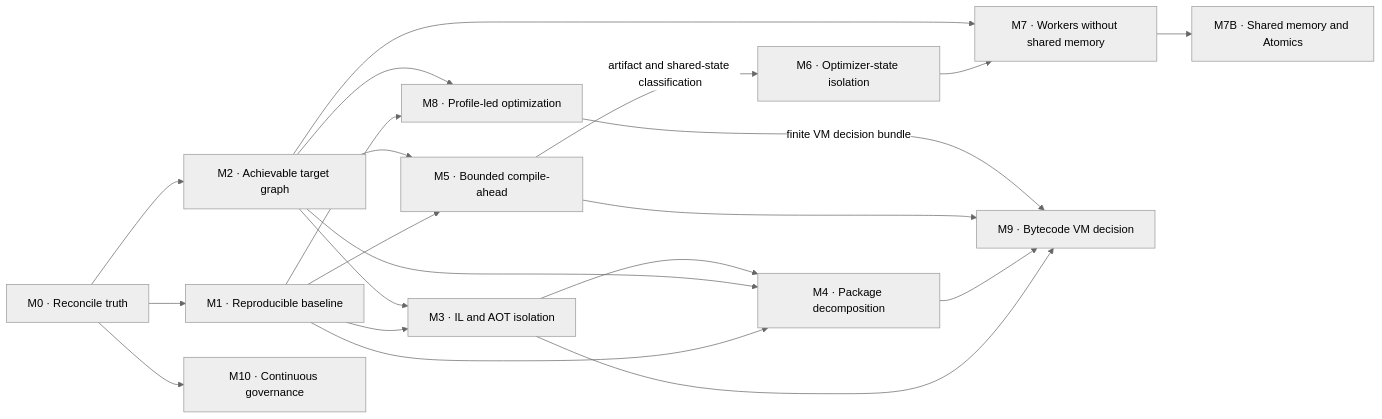
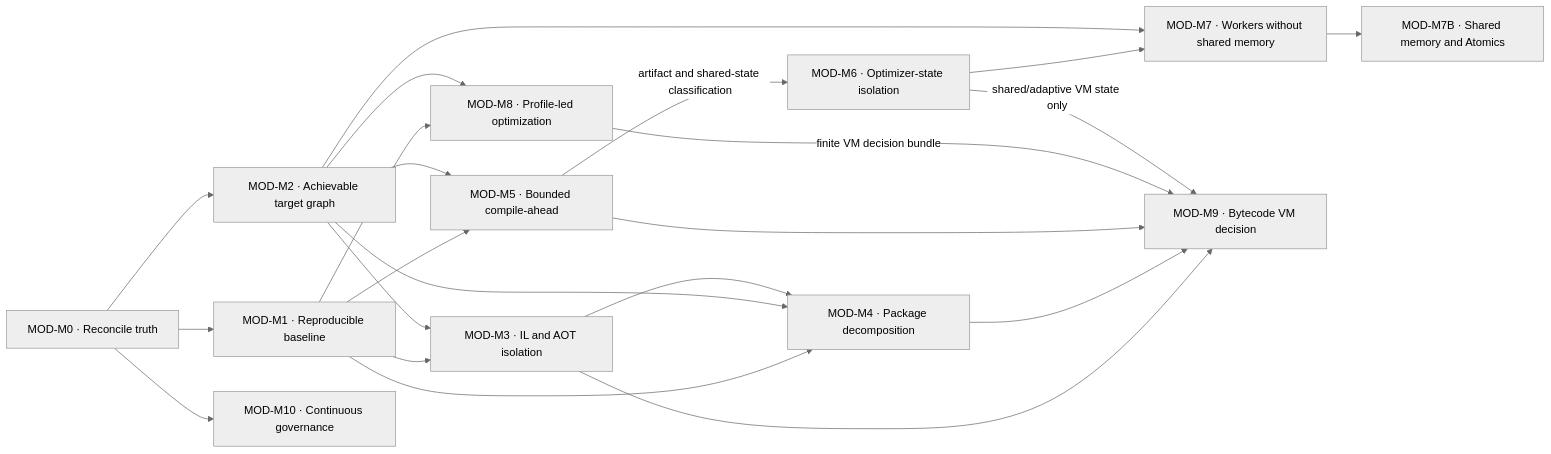
Before and after one commit to Broiler-Platform/Broiler.JS: the diagram in docs/roadmap/Modernization.md, drawn with Mermaid (neutral theme). The commit also changed other lines of this file and 30 other files, not shown here.

````diff
--- a/docs/roadmap/Modernization.md
+++ b/docs/roadmap/Modernization.md
@@ -129,36 +142,37 @@
 ```mermaid
 flowchart LR
-    M0["M0 · Reconcile truth"]
-    M1["M1 · Reproducible baseline"]
-    M2["M2 · Achievable target graph"]
-    M3["M3 · IL and AOT isolation"]
-    M4["M4 · Package decomposition"]
-    M5["M5 · Bounded compile-ahead"]
-    M6["M6 · Optimizer-state isolation"]
-    M7["M7 · Workers without shared memory"]
-    M7B["M7B · Shared memory and Atomics"]
-    M8["M8 · Profile-led optimization"]
-    M9["M9 · Bytecode VM decision"]
-    M10["M10 · Continuous governance"]
+    MOD_M0["MOD-M0 · Reconcile truth"]
+    MOD_M1["MOD-M1 · Reproducible baseline"]
+    MOD_M2["MOD-M2 · Achievable target graph"]
+    MOD_M3["MOD-M3 · IL and AOT isolation"]
+    MOD_M4["MOD-M4 · Package decomposition"]
+    MOD_M5["MOD-M5 · Bounded compile-ahead"]
+    MOD_M6["MOD-M6 · Optimizer-state isolation"]
+    MOD_M7["MOD-M7 · Workers without shared memory"]
+    MOD_M7B["MOD-M7B · Shared memory and Atomics"]
+    MOD_M8["MOD-M8 · Profile-led optimization"]
+    MOD_M9["MOD-M9 · Bytecode VM decision"]
+    MOD_M10["MOD-M10 · Continuous governance"]
 
-    M0 --> M1
-    M0 --> M2
-    M1 --> M3
-    M2 --> M3
-    M1 --> M4
-    M2 --> M4
-    M3 --> M4
-    M1 --> M5
-    M2 --> M5
-    M5 -->|"artifact and shared-state classification"| M6
-    M6 --> M7
-    M2 --> M7
-    M7 --> M7B
-    M1 --> M8
-    M2 --> M8
-    M3 --> M9
-    M4 --> M9
-    M5 --> M9
-    M8 -->|"finite VM decision bundle"| M9
-    M0 --> M10
+    MOD_M0 --> MOD_M1
+    MOD_M0 --> MOD_M2
+    MOD_M1 --> MOD_M3
+    MOD_M2 --> MOD_M3
+    MOD_M1 --> MOD_M4
+    MOD_M2 --> MOD_M4
+    MOD_M3 --> MOD_M4
+    MOD_M1 --> MOD_M5
+    MOD_M2 --> MOD_M5
+    MOD_M5 -->|"artifact and shared-state classification"| MOD_M6
+    MOD_M6 --> MOD_M7
+    MOD_M2 --> MOD_M7
+    MOD_M7 --> MOD_M7B
+    MOD_M1 --> MOD_M8
+    MOD_M2 --> MOD_M8
+    MOD_M3 --> MOD_M9
+    MOD_M4 --> MOD_M9
+    MOD_M5 --> MOD_M9
+    MOD_M8 -->|"finite VM decision bundle"| MOD_M9
+    MOD_M6 -->|"shared/adaptive VM state only"| MOD_M9
+    MOD_M0 --> MOD_M10
 ```
````
